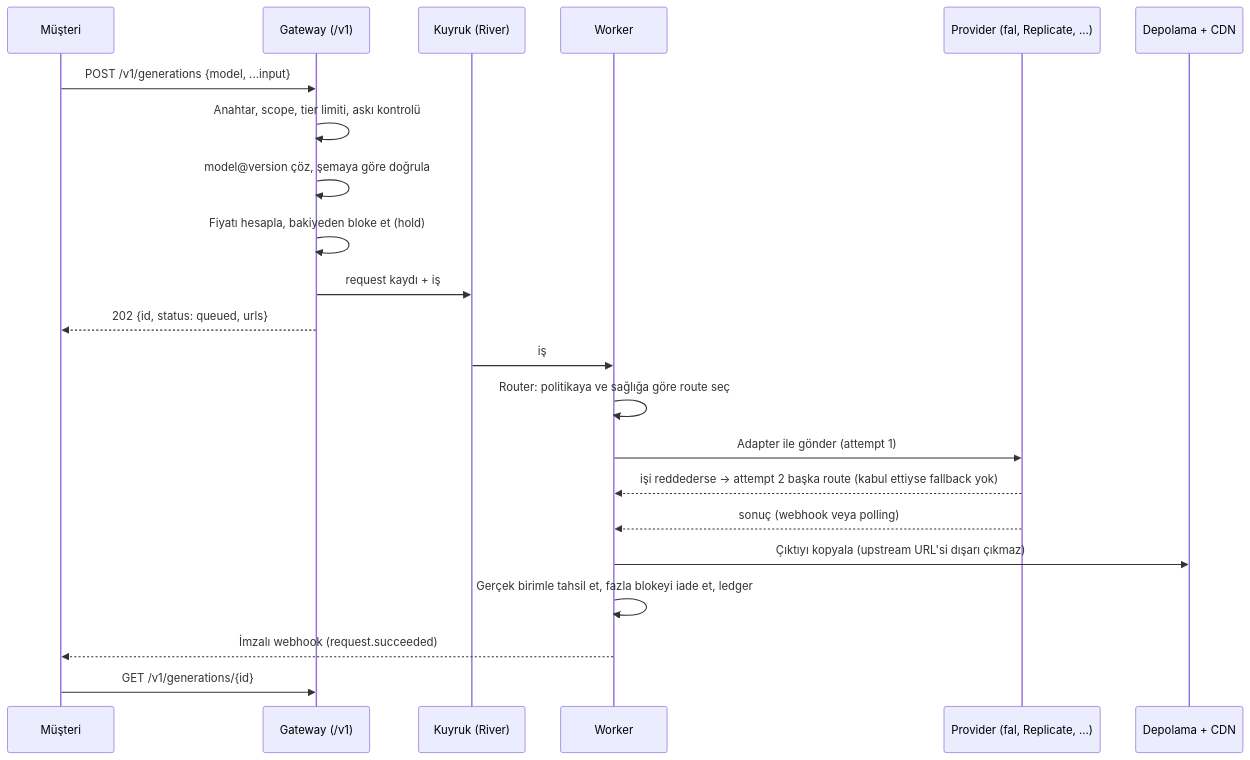
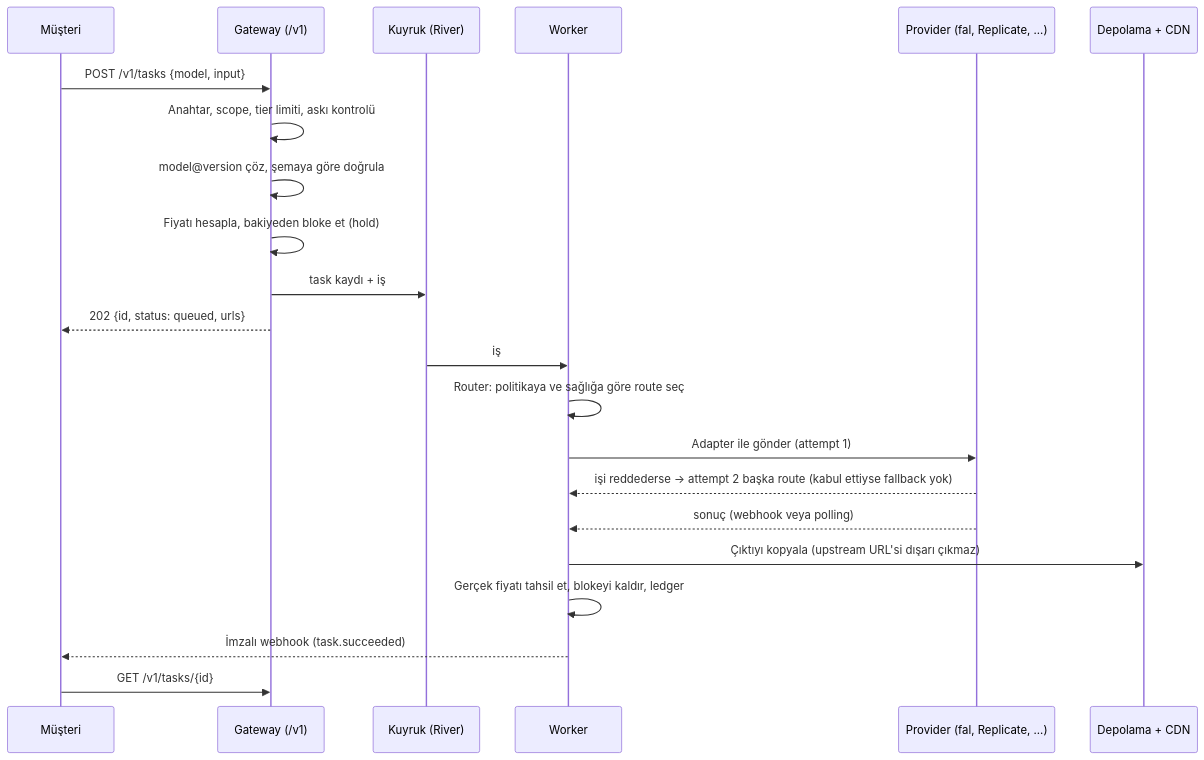
Before and after one commit to anilcosaran/Youtorch-2: the third of 4 diagrams in docs/architecture.md, drawn with Mermaid. The commit also changed other lines of this file and 1 other file, not shown here.

Commit message:
Align the design docs with task naming, billing holds and key rules.

````diff
--- a/docs/architecture.md
+++ b/docs/architecture.md
@@ -135,24 +135,24 @@
 ```mermaid
 sequenceDiagram
   participant C as Müşteri
   participant G as Gateway (/v1)
   participant Q as Kuyruk (River)
   participant W as Worker
   participant P as Provider (fal, Replicate, ...)
   participant S as Depolama + CDN
-  C->>G: POST /v1/generations {model, ...input}
+  C->>G: POST /v1/tasks {model, input}
   G->>G: Anahtar, scope, tier limiti, askı kontrolü
   G->>G: model@version çöz, şemaya göre doğrula
   G->>G: Fiyatı hesapla, bakiyeden bloke et (hold)
-  G->>Q: request kaydı + iş
+  G->>Q: task kaydı + iş
   G-->>C: 202 {id, status: queued, urls}
   Q->>W: iş
   W->>W: Router: politikaya ve sağlığa göre route seç
   W->>P: Adapter ile gönder (attempt 1)
   P-->>W: işi reddederse → attempt 2 başka route (kabul ettiyse fallback yok)
   P-->>W: sonuç (webhook veya polling)
   W->>S: Çıktıyı kopyala (upstream URL'si dışarı çıkmaz)
-  W->>W: Gerçek birimle tahsil et, fazla blokeyi iade et, ledger
-  W-->>C: İmzalı webhook (request.succeeded)
-  C->>G: GET /v1/generations/{id}
+  W->>W: Gerçek fiyatı tahsil et, blokeyi kaldır, ledger
+  W-->>C: İmzalı webhook (task.succeeded)
+  C->>G: GET /v1/tasks/{id}
 ```
````
